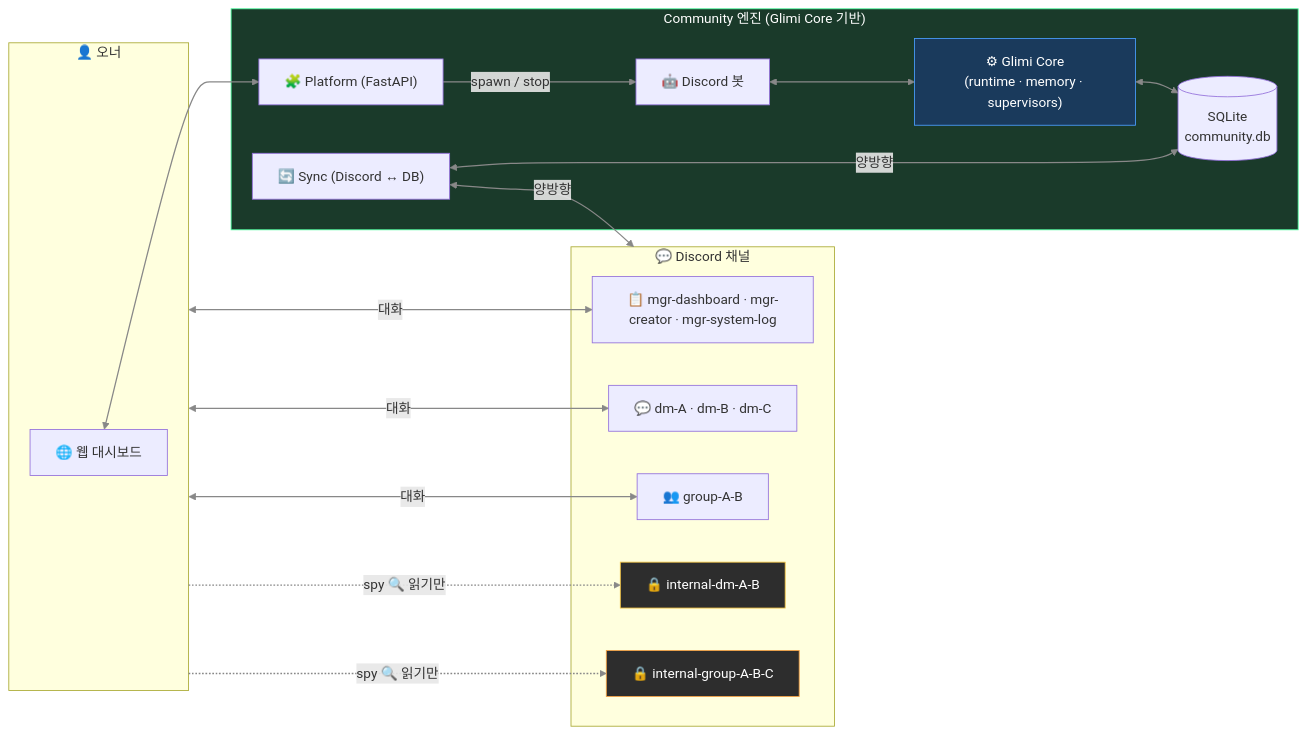
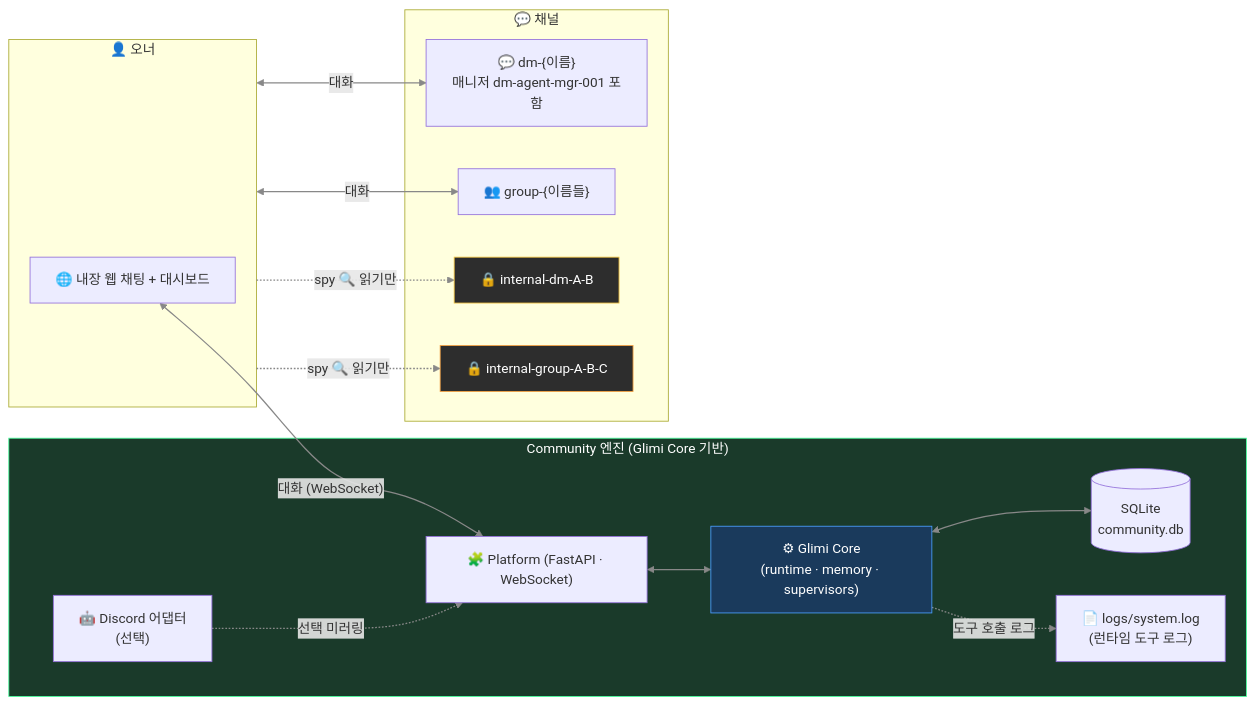
One commit to je-empty/Glimi changed the third of 3 diagrams in README.ko.md. Above: the diagram before and after it, drawn with Mermaid. The commit also changed other lines of this file and 1 other file, not shown here.

Commit message:
docs(readme): web-first Community architecture + current channel model (drop stale mgr-* / Discord-coupled)

````diff
--- a/README.ko.md
+++ b/README.ko.md
@@ -348,36 +348,35 @@
 ```mermaid
 flowchart LR
     linkStyle default stroke:#888,stroke-width:1.5px
     subgraph Owner["👤 오너"]
-        Browser["🌐 웹 대시보드"]
+        Web["🌐 내장 웹 채팅 + 대시보드"]
     end
 
     subgraph Engine["Community 엔진 (Glimi Core 기반)"]
-        Plat["🧩 Platform (FastAPI)"]
-        Bot["🤖 Discord 봇"]
+        Plat["🧩 Platform (FastAPI · WebSocket)"]
         Core["⚙ Glimi Core<br/>(runtime · memory · supervisors)"]
         DB[("SQLite<br/>community.db")]
-        Sync["🔄 Sync (Discord ↔ DB)"]
+        Log["📄 logs/system.log<br/>(런타임 도구 로그)"]
+        Bot["🤖 Discord 어댑터<br/>(선택)"]
     end
 
-    subgraph Discord["💬 Discord 채널"]
-        Mgr["📋 mgr-dashboard · mgr-creator · mgr-system-log"]
-        DM["💬 dm-A · dm-B · dm-C"]
-        Grp["👥 group-A-B"]
+    subgraph Channels["💬 채널"]
+        DM["💬 dm-{이름}<br/>매니저 dm-agent-mgr-001 포함"]
+        Grp["👥 group-{이름들}"]
         SecDM["🔒 internal-dm-A-B"]
         SecGrp["🔒 internal-group-A-B-C"]
     end
 
-    Browser <--> Plat
-    Plat -->|"spawn / stop"| Bot
-    Owner <-->|"대화"| Mgr & DM & Grp
+    Web <-->|"대화 (WebSocket)"| Plat
+    Plat <--> Core
+    Core <--> DB
+    Core -.->|"도구 호출 로그"| Log
+    Owner <-->|"대화"| DM & Grp
     Owner -. "spy 🔍 읽기만" .-> SecDM & SecGrp
-    Bot <--> Core
-    Core <--> DB
-    Sync <-->|"양방향"| DB & Discord
+    Bot -. "선택 미러링" .-> Plat
 
     style Engine fill:#1a3a2a,stroke:#4aff9e,color:#fff
     style Core fill:#1a3a5c,stroke:#4a9eff,color:#fff
     style SecDM fill:#2d2d2d,stroke:#f5c542,color:#fff
     style SecGrp fill:#2d2d2d,stroke:#f5a142,color:#fff
 ```
````
